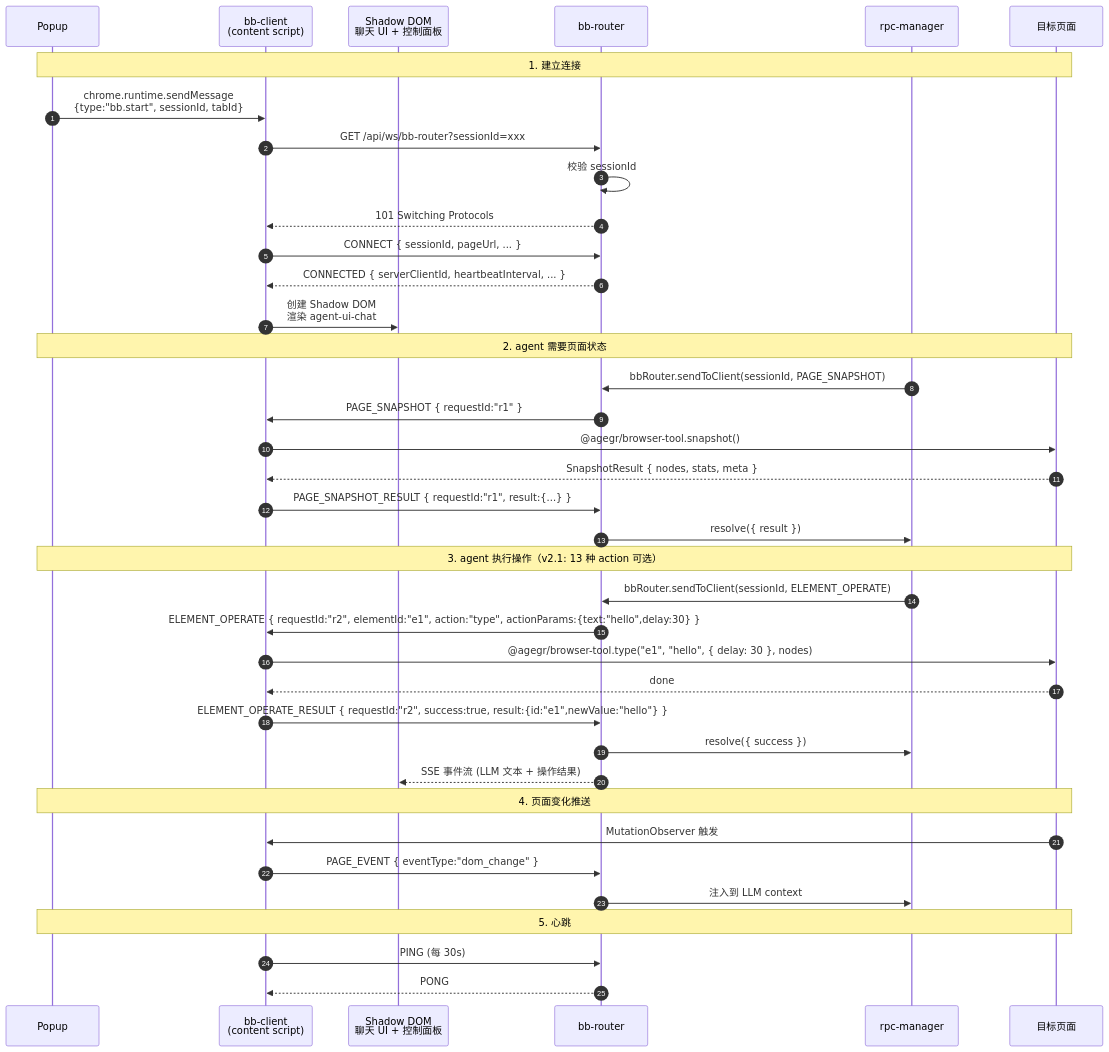
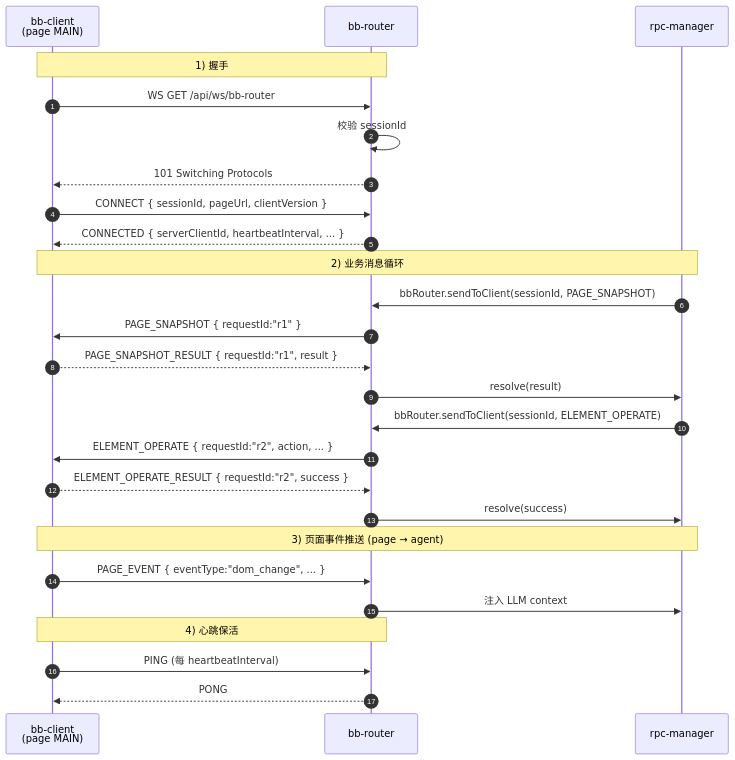
Before and after one commit to zhaoxin34/matrix: the first of 2 diagrams in neo/design/docs/technical/agent-steer/browser-bridge-protocol.md, drawn with Mermaid. The commit also changed other lines of this file and 3 other files, not shown here.

````diff
--- a/neo/design/docs/technical/agent-steer/browser-bridge-protocol.md
+++ b/neo/design/docs/technical/agent-steer/browser-bridge-protocol.md
@@ -707,45 +707,33 @@
 ```mermaid
 sequenceDiagram
     autonumber
-    participant Popup as Popup
-    participant CS as bb-client<br/>(content script)
-    participant SD as Shadow DOM<br/>聊天 UI + 控制面板
+    participant CS as bb-client<br/>(page MAIN)
     participant Router as bb-router
     participant RPC as rpc-manager
-    participant Page as 目标页面
 
-    Note over Popup,Page: 1. 建立连接
-    Popup->>CS: chrome.runtime.sendMessage<br/>{type:"bb.start", sessionId, tabId}
-    CS->>Router: GET /api/ws/bb-router?sessionId=xxx
+    Note over CS,Router: 1) 握手
+    CS->>Router: WS GET /api/ws/bb-router
     Router->>Router: 校验 sessionId
     Router-->>CS: 101 Switching Protocols
-    CS->>Router: CONNECT { sessionId, pageUrl, ... }
+    CS->>Router: CONNECT { sessionId, pageUrl, clientVersion }
     Router-->>CS: CONNECTED { serverClientId, heartbeatInterval, ... }
-    CS->>SD: 创建 Shadow DOM<br/>渲染 agent-ui-chat
 
-    Note over Popup,Page: 2. agent 需要页面状态
+    Note over CS,RPC: 2) 业务消息循环
     RPC->>Router: bbRouter.sendToClient(sessionId, PAGE_SNAPSHOT)
     Router->>CS: PAGE_SNAPSHOT { requestId:"r1" }
-    CS->>Page: @agegr/browser-tool.snapshot()
-    Page-->>CS: SnapshotResult { nodes, stats, meta }
-    CS->>Router: PAGE_SNAPSHOT_RESULT { requestId:"r1", result:{...} }
-    Router->>RPC: resolve({ result })
+    CS-->>Router: PAGE_SNAPSHOT_RESULT { requestId:"r1", result }
+    Router->>RPC: resolve(result)
 
-    Note over Popup,Page: 3. agent 执行操作（v2.1: 13 种 action 可选）
     RPC->>Router: bbRouter.sendToClient(sessionId, ELEMENT_OPERATE)
-    Router->>CS: ELEMENT_OPERATE { requestId:"r2", elementId:"e1", action:"type", actionParams:{text:"hello",delay:30} }
-    CS->>Page: @agegr/browser-tool.type("e1", "hello", { delay: 30 }, nodes)
-    Page-->>CS: done
-    CS->>Router: ELEMENT_OPERATE_RESULT { requestId:"r2", success:true, result:{id:"e1",newValue:"hello"} }
-    Router->>RPC: resolve({ success })
-    Router-->>SD: SSE 事件流 (LLM 文本 + 操作结果)
+    Router->>CS: ELEMENT_OPERATE { requestId:"r2", action, ... }
+    CS-->>Router: ELEMENT_OPERATE_RESULT { requestId:"r2", success }
+    Router->>RPC: resolve(success)
 
-    Note over Popup,Page: 4. 页面变化推送
-    Page->>CS: MutationObserver 触发
-    CS->>Router: PAGE_EVENT { eventType:"dom_change" }
-    Router->>RPC: 注入到 LLM context
+    Note over CS,RPC: 3) 页面事件推送 (page → agent)
+    CS->>Router: PAGE_EVENT { eventType:"dom_change", ... }
+    Router->>RPC: 注入 LLM context
 
-    Note over Popup,Page: 5. 心跳
-    CS->>Router: PING (每 30s)
+    Note over CS,Router: 4) 心跳保活
+    CS->>Router: PING (每 heartbeatInterval)
     Router-->>CS: PONG
 ```
````
